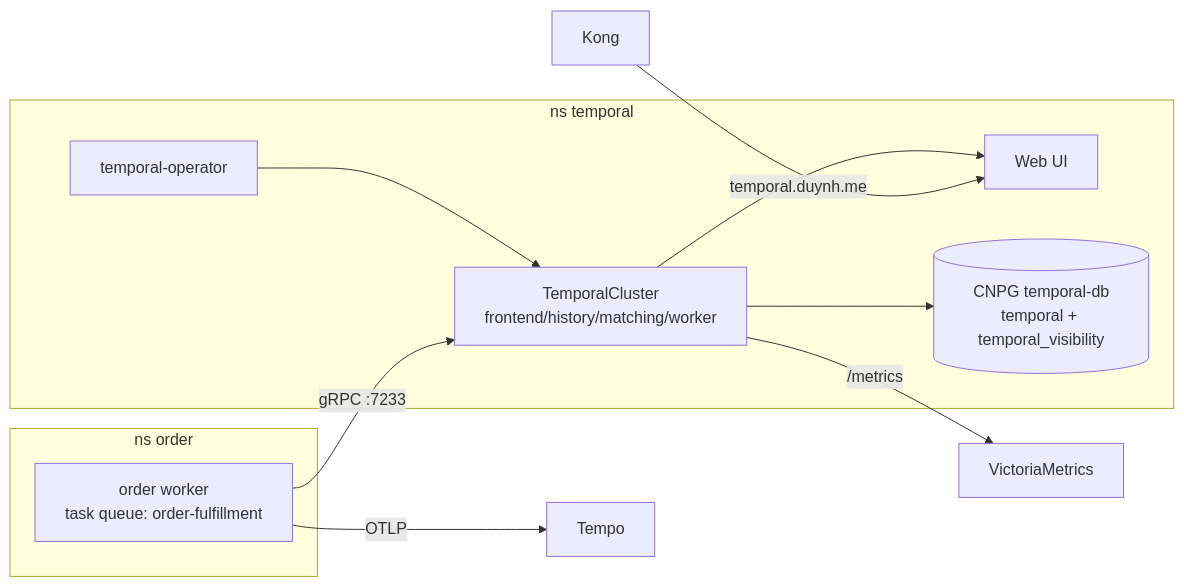
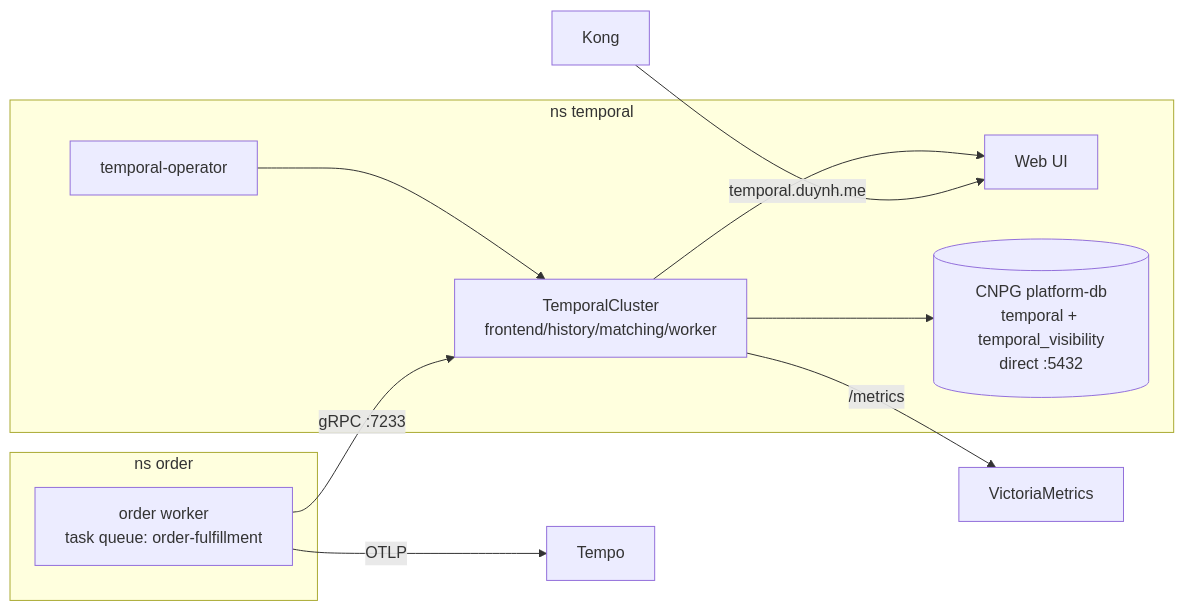
Diagram 14 of 14 in docs/api/temporal-order-fulfillment.md (duynhlab/homelab), drawn with Mermaid before and after one commit. The commit also changed other lines of this file and 147 other files, not shown here.

````diff
--- a/docs/api/temporal-order-fulfillment.md
+++ b/docs/api/temporal-order-fulfillment.md
@@ -534,19 +534,19 @@
 ```mermaid
 flowchart LR
     subgraph ns_temporal[ns temporal]
         OP[temporal-operator]
         TC[TemporalCluster<br/>frontend/history/matching/worker]
         UI[Web UI]
-        TDB[(CNPG temporal-db<br/>temporal + temporal_visibility)]
+        TDB[(CNPG platform-db<br/>temporal + temporal_visibility<br/>direct :5432)]
         OP --> TC
         TC --> TDB
         TC --> UI
     end
     subgraph ns_order[ns order]
         OW[order worker<br/>task queue: order-fulfillment]
     end
     OW -- gRPC :7233 --> TC
     Kong[Kong] -- temporal.duynh.me --> UI
     TC -- /metrics --> VM[VictoriaMetrics]
     OW -- OTLP --> Tempo
 ```
````
